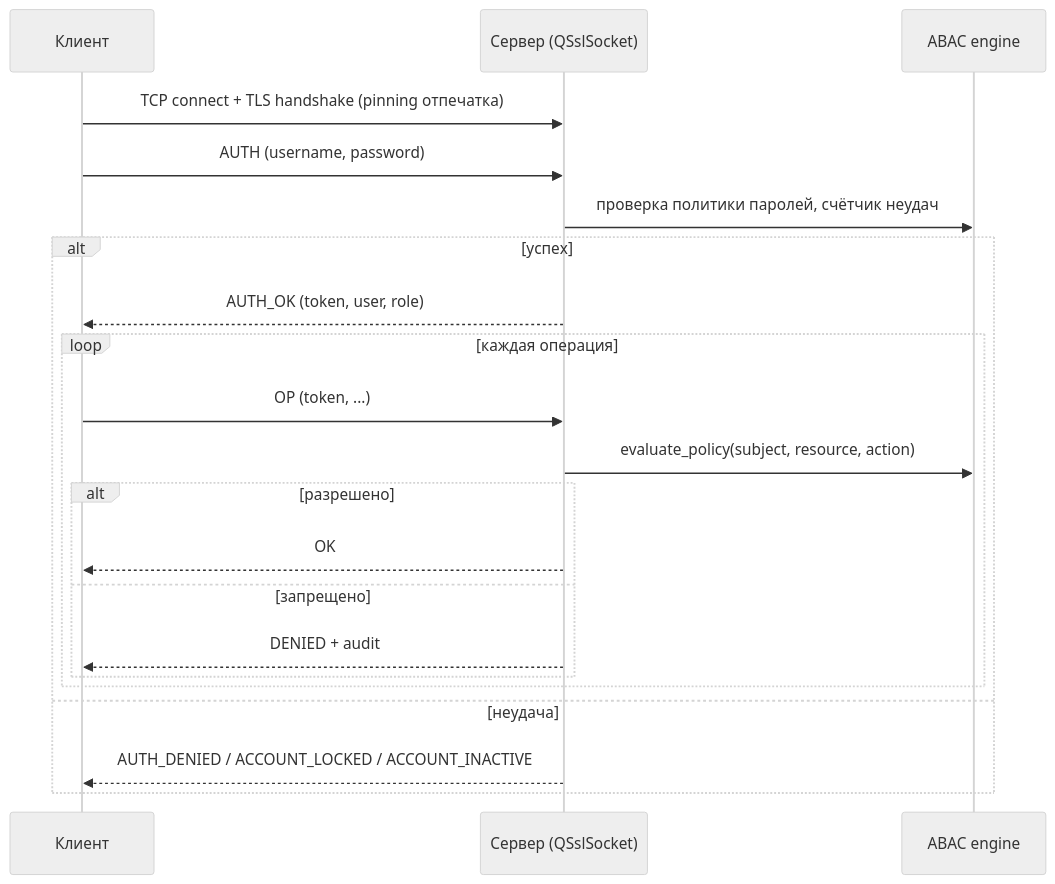
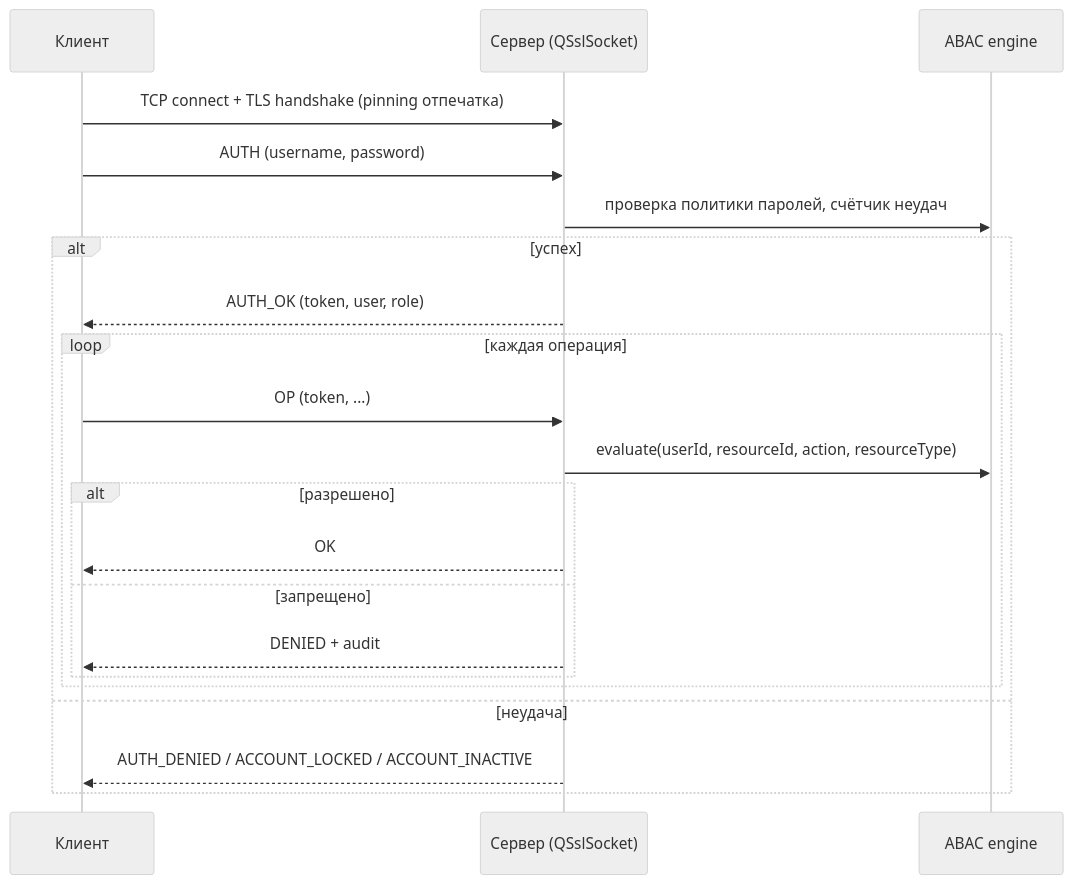
One commit to DKlintukhov/netaccess changed the diagram in docs/protocol.md. Above: the diagram before and after it, drawn with Mermaid (neutral theme). The commit also changed 2 other files, not shown here.

Commit message:
docs: update to PEP/PDP/PAP/PIP ABAC architecture
Replace legacy module names (policy_engine, handlers, db_layer,
evaluate_policy) with the current ABAC point architecture:
- architecture.md: server module table + mermaid component/sequence diagrams
- protocol.md: access-check sequence uses evaluate(userId, resourceId,
  action, resourceType)
- tz.md: ABAC decision function references PDP evaluate

````diff
--- a/docs/protocol.md
+++ b/docs/protocol.md
@@ -208,24 +208,24 @@
 ```mermaid
 sequenceDiagram
     participant C as Клиент
     participant S as Сервер (QSslSocket)
     participant P as ABAC engine
 
     C->>S: TCP connect + TLS handshake (pinning отпечатка)
     C->>S: AUTH (username, password)
     S->>P: проверка политики паролей, счётчик неудач
     alt успех
         S-->>C: AUTH_OK (token, user, role)
         loop каждая операция
             C->>S: OP (token, ...)
-            S->>P: evaluate_policy(subject, resource, action)
+            S->>P: evaluate(userId, resourceId, action, resourceType)
             alt разрешено
                 S-->>C: OK
             else запрещено
                 S-->>C: DENIED + audit
             end
         end
     else неудача
         S-->>C: AUTH_DENIED / ACCOUNT_LOCKED / ACCOUNT_INACTIVE
     end
 ```
````
